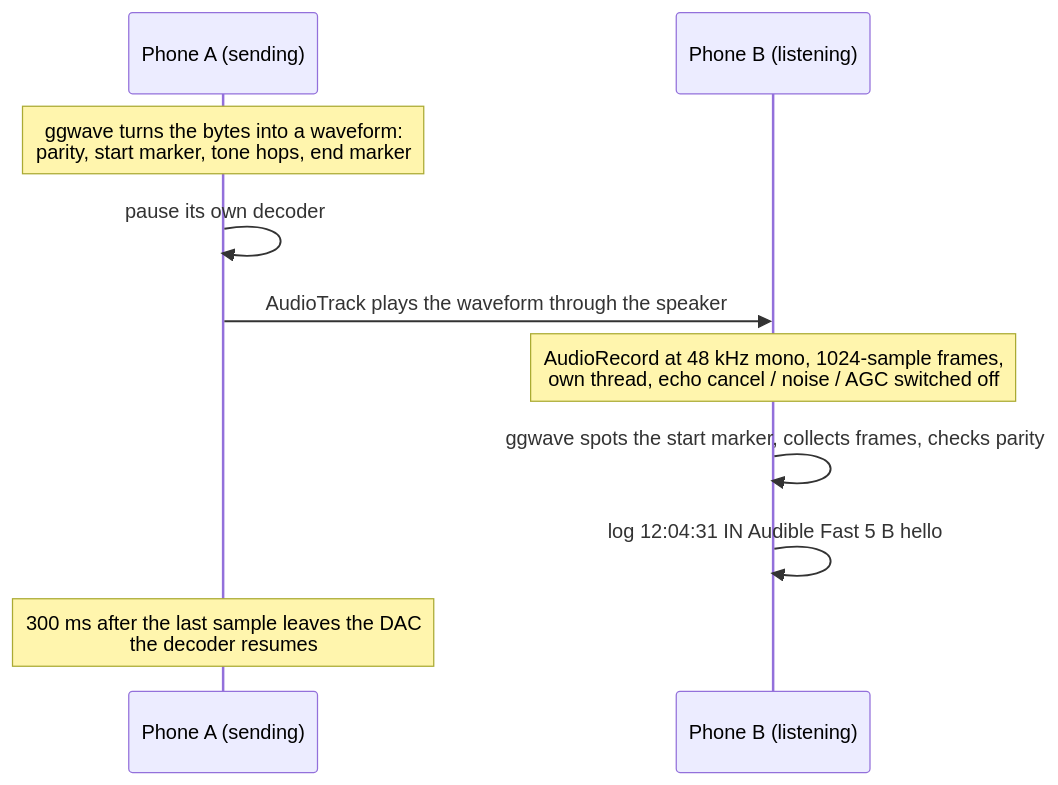
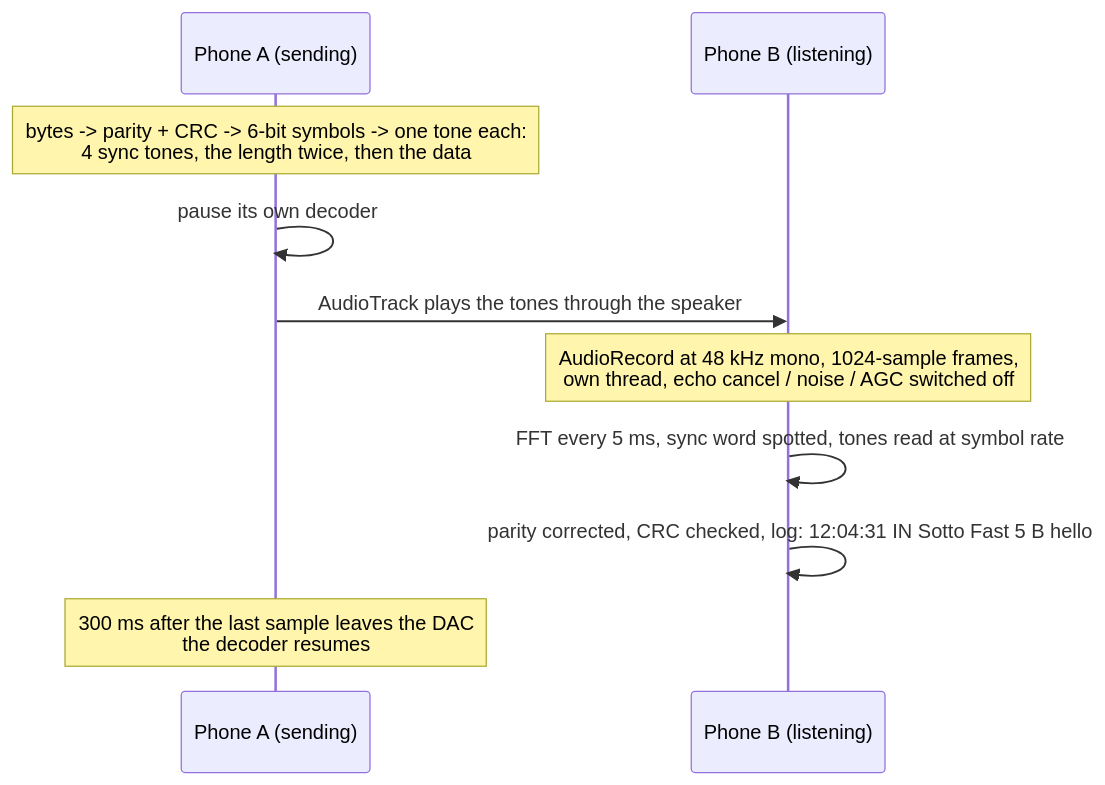
One commit to retrocodes12/sotto changed the diagram in README.md. Above: the diagram before and after it, drawn with Mermaid. The commit also changed other lines of this file and 17 other files, not shown here.

First line of the commit message:
Sotto modem: a purpose-built data-over-sound modem beside ggwave

````diff
--- a/README.md
+++ b/README.md
@@ -28,12 +30,12 @@
 ```mermaid
 sequenceDiagram
     participant A as Phone A (sending)
     participant B as Phone B (listening)
-    Note over A: ggwave turns the bytes into a waveform:<br/>parity, start marker, tone hops, end marker
+    Note over A: bytes -> parity + CRC -> 6-bit symbols -> one tone each:<br/>4 sync tones, the length twice, then the data
     A->>A: pause its own decoder
-    A->>B: AudioTrack plays the waveform through the speaker
+    A->>B: AudioTrack plays the tones through the speaker
     Note over B: AudioRecord at 48 kHz mono, 1024-sample frames,<br/>own thread, echo cancel / noise / AGC switched off
-    B->>B: ggwave spots the start marker, collects frames, checks parity
-    B->>B: log  12:04:31  IN  Audible Fast  5 B  hello
+    B->>B: FFT every 5 ms, sync word spotted, tones read at symbol rate
+    B->>B: parity corrected, CRC checked, log: 12:04:31 IN Sotto Fast 5 B hello
     Note over A: 300 ms after the last sample leaves the DAC<br/>the decoder resumes
 ```
````
